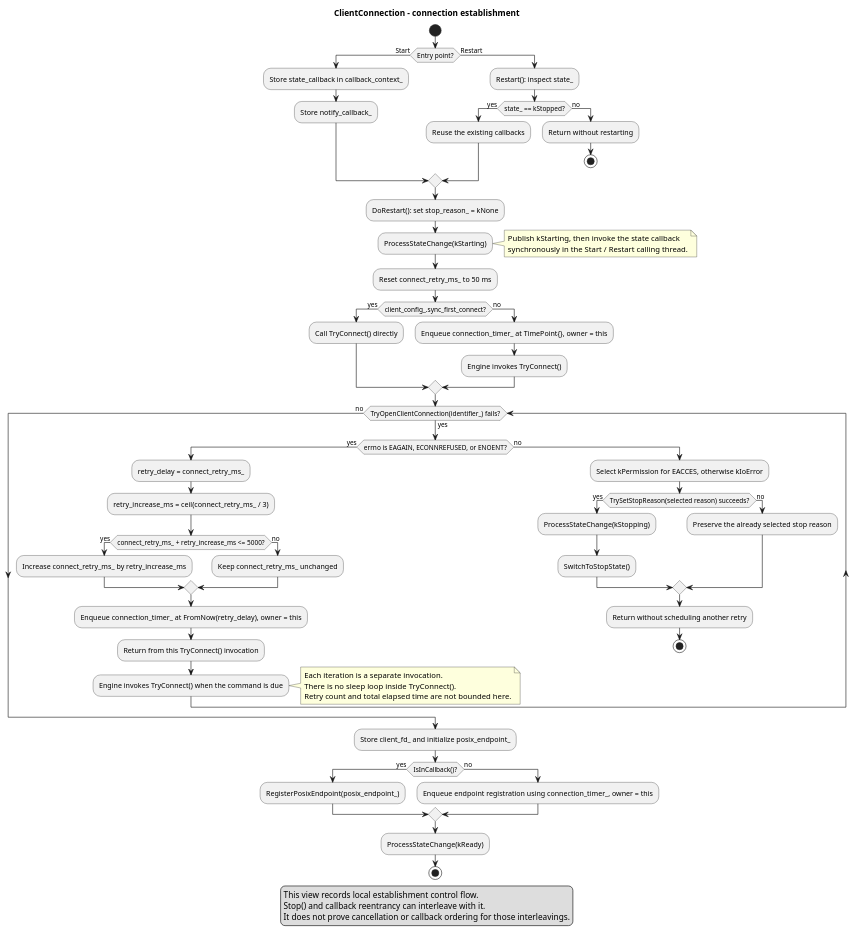
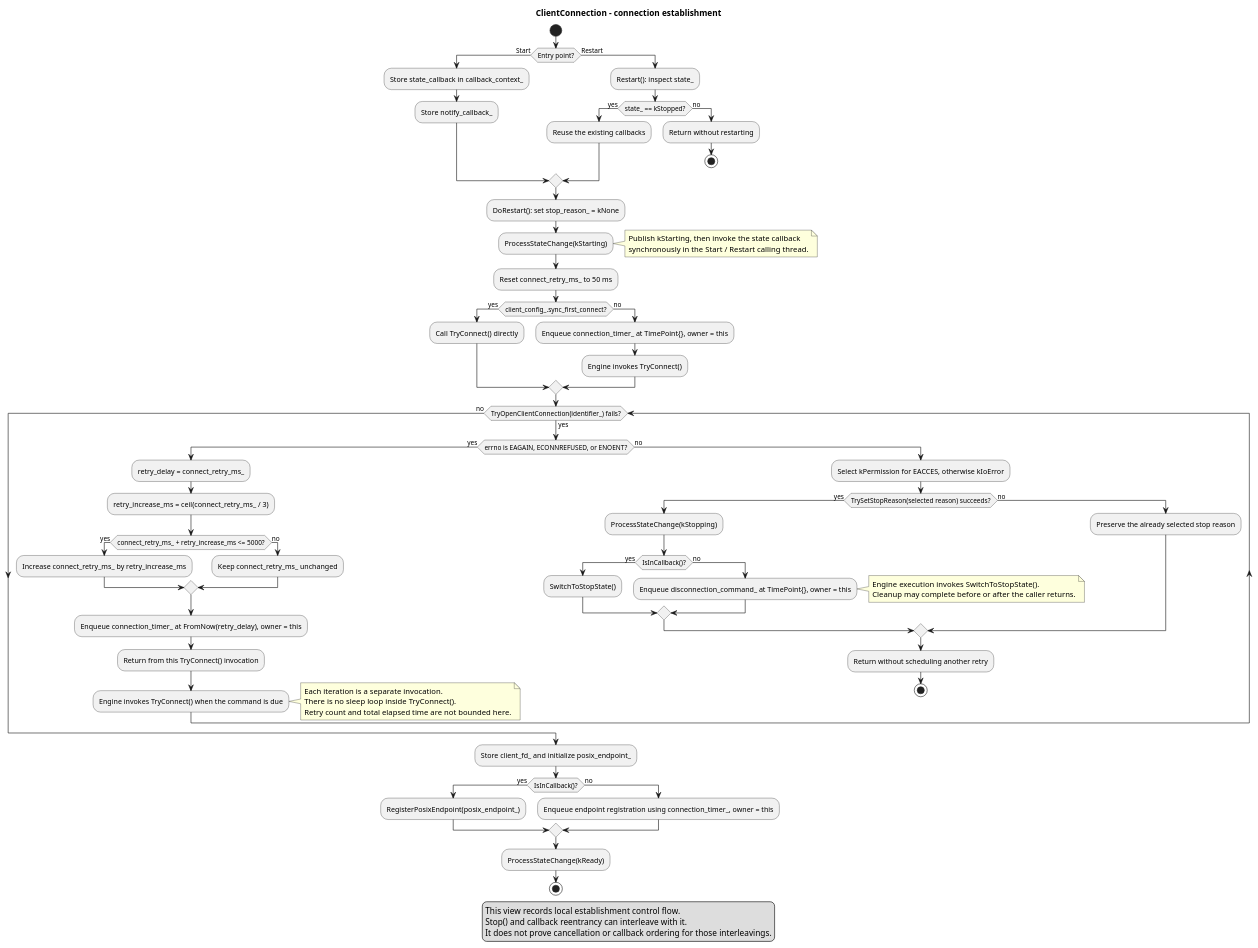
One commit to eclipse-score/communication changed the diagram in score/message_passing/dependability/software_unit_design/client_connection_connect_activity.puml. Above: the diagram before and after it, drawn with PlantUML. The commit also changed 18 other files, not shown here.

```diff
--- a/score/message_passing/dependability/software_unit_design/client_connection_connect_activity.puml
+++ b/score/message_passing/dependability/software_unit_design/client_connection_connect_activity.puml
@@ -1,77 +1,85 @@
 @startuml client_connection_connect_activity
 title ClientConnection - connection establishment
 
 start
 if (Entry point?) then (Start)
     :Store state_callback in callback_context_;
     :Store notify_callback_;
 else (Restart)
     :Restart(): inspect state_;
     if (state_ == kStopped?) then (yes)
         :Reuse the existing callbacks;
     else (no)
         :Return without restarting;
         stop
     endif
 endif
 
 :DoRestart(): set stop_reason_ = kNone;
 :ProcessStateChange(kStarting);
 note right
     Publish kStarting, then invoke the state callback
     synchronously in the Start / Restart calling thread.
 end note
 :Reset connect_retry_ms_ to 50 ms;
 if (client_config_.sync_first_connect?) then (yes)
     :Call TryConnect() directly;
 else (no)
     :Enqueue connection_timer_ at TimePoint{}, owner = this;
     :Engine invokes TryConnect();
 endif
 
 while (TryOpenClientConnection(identifier_) fails?) is (yes)
     if (errno is EAGAIN, ECONNREFUSED, or ENOENT?) then (yes)
         :retry_delay = connect_retry_ms_;
         :retry_increase_ms = ceil(connect_retry_ms_ / 3);
         if (connect_retry_ms_ + retry_increase_ms <= 5000?) then (yes)
             :Increase connect_retry_ms_ by retry_increase_ms;
         else (no)
             :Keep connect_retry_ms_ unchanged;
         endif
         :Enqueue connection_timer_ at FromNow(retry_delay), owner = this;
         :Return from this TryConnect() invocation;
         :Engine invokes TryConnect() when the command is due;
         note right
             Each iteration is a separate invocation.
             There is no sleep loop inside TryConnect().
             Retry count and total elapsed time are not bounded here.
         end note
     else (no)
         :Select kPermission for EACCES, otherwise kIoError;
         if (TrySetStopReason(selected reason) succeeds?) then (yes)
             :ProcessStateChange(kStopping);
-            :SwitchToStopState();
+            if (IsInCallback()?) then (yes)
+                :SwitchToStopState();
+            else (no)
+                :Enqueue disconnection_command_ at TimePoint{}, owner = this;
+                note right
+                    Engine execution invokes SwitchToStopState().
+                    Cleanup may complete before or after the caller returns.
+                end note
+            endif
         else (no)
             :Preserve the already selected stop reason;
         endif
         :Return without scheduling another retry;
         stop
     endif
 endwhile (no)
 
 :Store client_fd_ and initialize posix_endpoint_;
 if (IsInCallback()?) then (yes)
     :RegisterPosixEndpoint(posix_endpoint_);
 else (no)
     :Enqueue endpoint registration using connection_timer_, owner = this;
 endif
 :ProcessStateChange(kReady);
 stop
 
 legend
     This view records local establishment control flow.
     Stop() and callback reentrancy can interleave with it.
     It does not prove cancellation or callback ordering for those interleavings.
 endlegend
 
 @enduml
```
